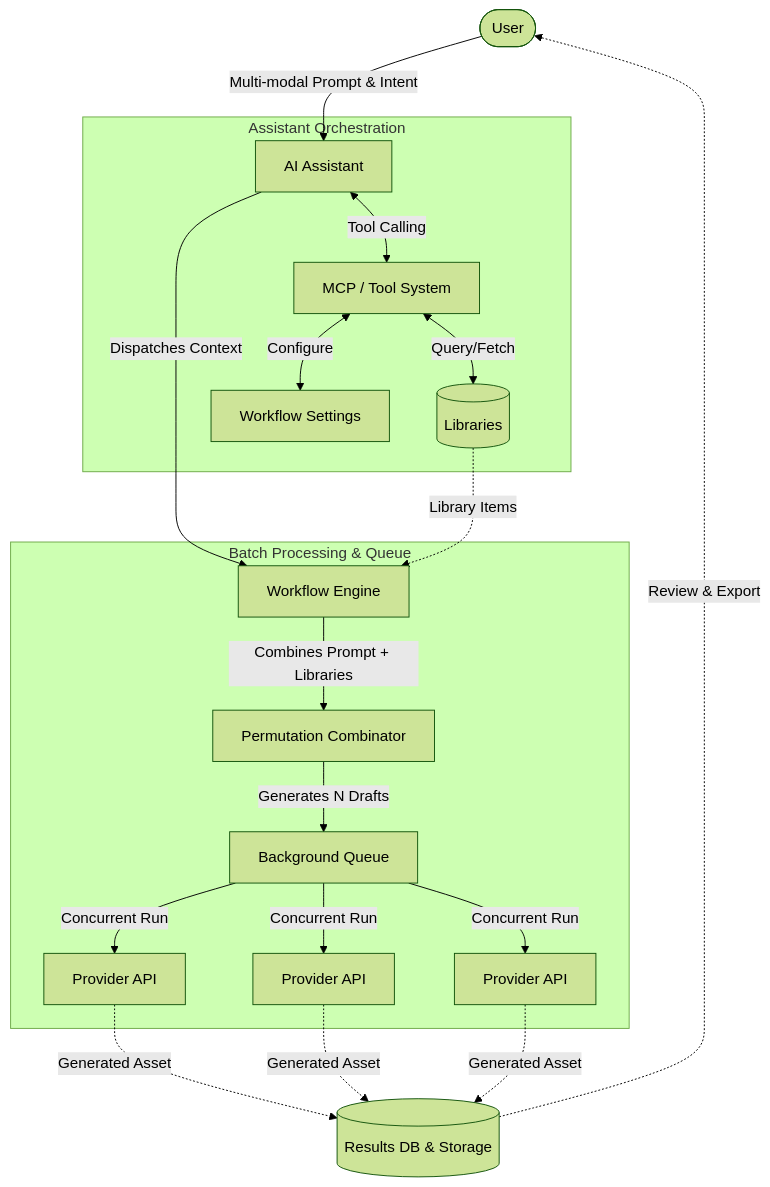
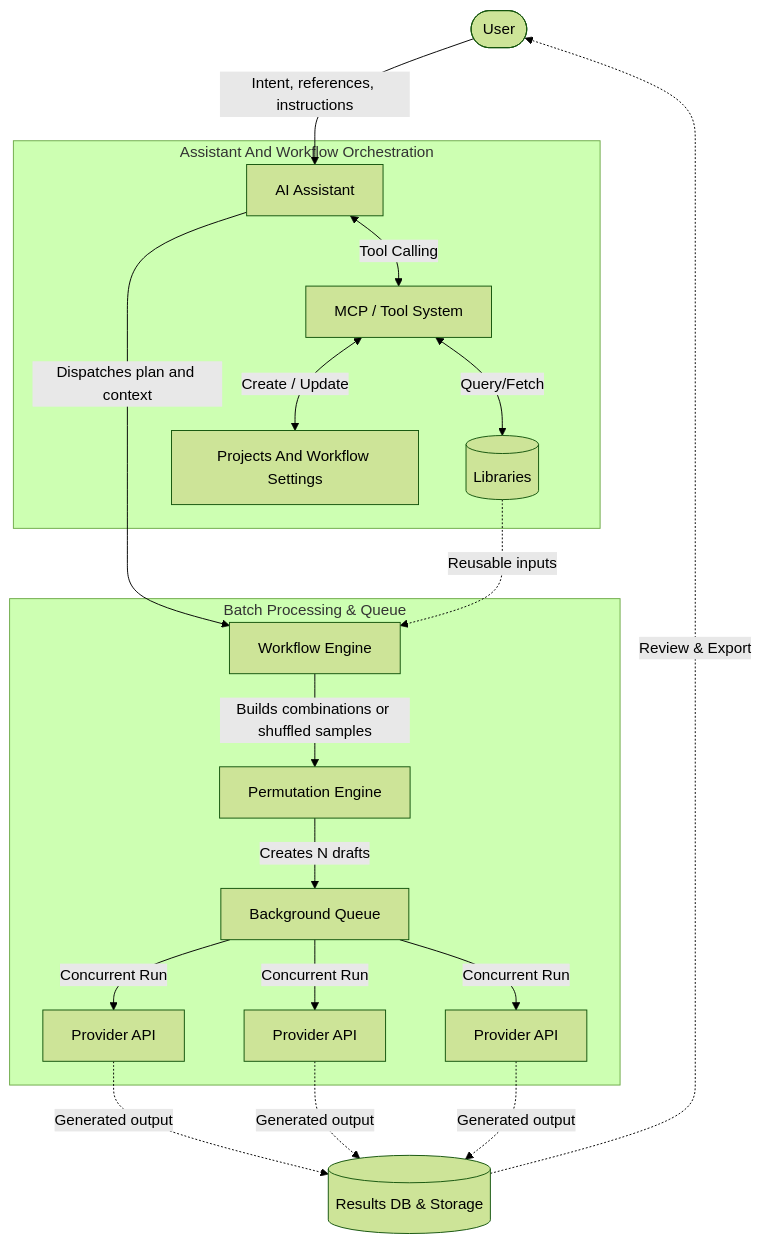
Before and after one commit to ShinChven/remix-studio: the diagram in README.md, drawn with Mermaid (forest theme). The commit also changed other lines of this file and 1 other file, not shown here.

Commit message:
docs: update project documentation and architecture overview to reflect assistant-first orchestration and permutation engine capabilities

````diff
--- a/README.md
+++ b/README.md
@@ -35,27 +50,27 @@
 ```mermaid
 flowchart TB
-    U([User]) -->|Multi-modal Prompt & Intent| A[AI Assistant]
+    U([User]) -->|Intent, references, instructions| A[AI Assistant]
     
-    subgraph Orchestration [Assistant Orchestration]
+    subgraph Orchestration [Assistant And Workflow Orchestration]
         A <-->|Tool Calling| T[MCP / Tool System]
         T <-->|Query/Fetch| L[(Libraries)]
-        T <-->|Configure| W[Workflow Settings]
+        T <-->|Create / Update| W[Projects And Workflow Settings]
     end
     
-    A -->|Dispatches Context| E[Workflow Engine]
-    L -.->|Library Items| E
+    A -->|Dispatches plan and context| E[Workflow Engine]
+    L -.->|Reusable inputs| E
     
     subgraph Generation [Batch Processing & Queue]
-        E -->|Combines Prompt + Libraries| C[Permutation Combinator]
-        C -->|Generates N Drafts| B[Background Queue]
+        E -->|Builds combinations or shuffled samples| C[Permutation Engine]
+        C -->|Creates N drafts| B[Background Queue]
         
         B -->|Concurrent Run| P1[Provider API]
         B -->|Concurrent Run| P2[Provider API]
         B -->|Concurrent Run| P3[Provider API]
     end
     
-    P1 -.->|Generated Asset| O[(Results DB & Storage)]
-    P2 -.->|Generated Asset| O
-    P3 -.->|Generated Asset| O
+    P1 -.->|Generated output| O[(Results DB & Storage)]
+    P2 -.->|Generated output| O
+    P3 -.->|Generated output| O
     O -.->|Review & Export| U
 ```
````
